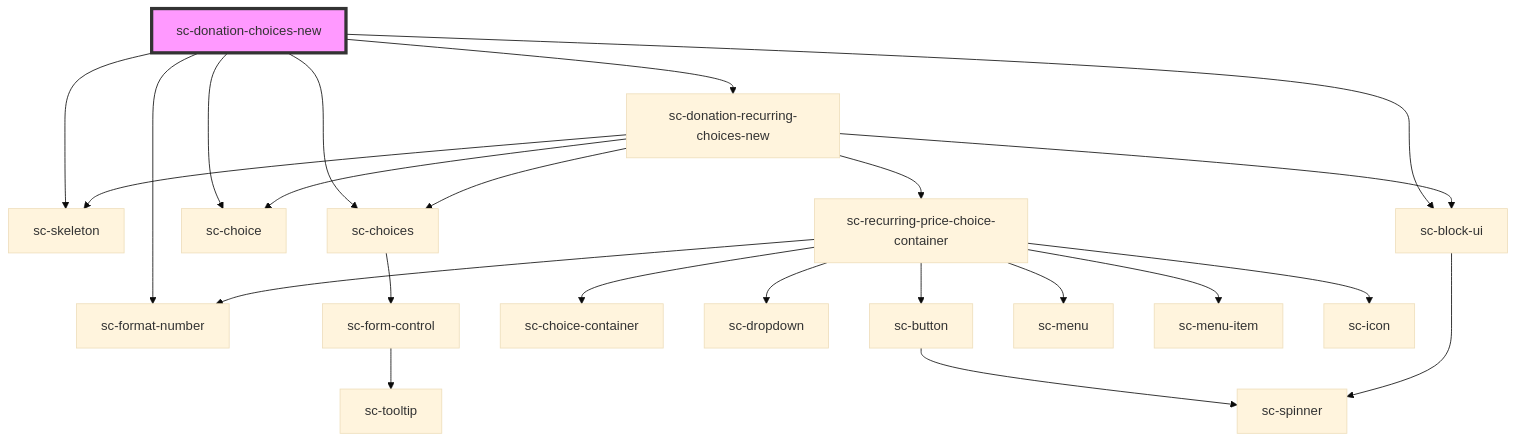
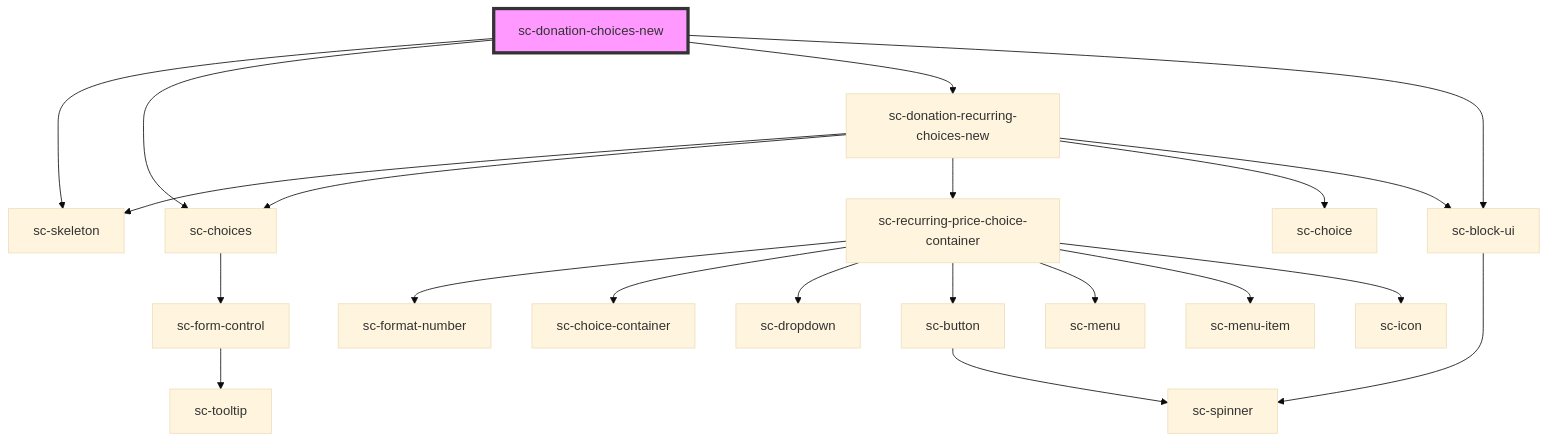
One commit to surecart/surecart-wp-plugin changed the diagram in packages/components/src/components/controllers/checkout-form/donation-choices-new/readme.md. Above: the diagram before and after it, drawn with Mermaid (base theme). The commit also changed other lines of this file and 20 other files, not shown here.

````diff
--- a/packages/components/src/components/controllers/checkout-form/donation-choices-new/readme.md
+++ b/packages/components/src/components/controllers/checkout-form/donation-choices-new/readme.md
@@ -44,26 +42,24 @@
 ```mermaid
 graph TD;
   sc-donation-choices-new --> sc-skeleton
   sc-donation-choices-new --> sc-choices
-  sc-donation-choices-new --> sc-choice
-  sc-donation-choices-new --> sc-format-number
   sc-donation-choices-new --> sc-donation-recurring-choices-new
   sc-donation-choices-new --> sc-block-ui
   sc-choices --> sc-form-control
   sc-form-control --> sc-tooltip
   sc-donation-recurring-choices-new --> sc-skeleton
   sc-donation-recurring-choices-new --> sc-choices
   sc-donation-recurring-choices-new --> sc-recurring-price-choice-container
   sc-donation-recurring-choices-new --> sc-choice
   sc-donation-recurring-choices-new --> sc-block-ui
   sc-recurring-price-choice-container --> sc-format-number
   sc-recurring-price-choice-container --> sc-choice-container
   sc-recurring-price-choice-container --> sc-dropdown
   sc-recurring-price-choice-container --> sc-button
   sc-recurring-price-choice-container --> sc-menu
   sc-recurring-price-choice-container --> sc-menu-item
   sc-recurring-price-choice-container --> sc-icon
   sc-button --> sc-spinner
   sc-block-ui --> sc-spinner
   style sc-donation-choices-new fill:#f9f,stroke:#333,stroke-width:4px
 ```
````
